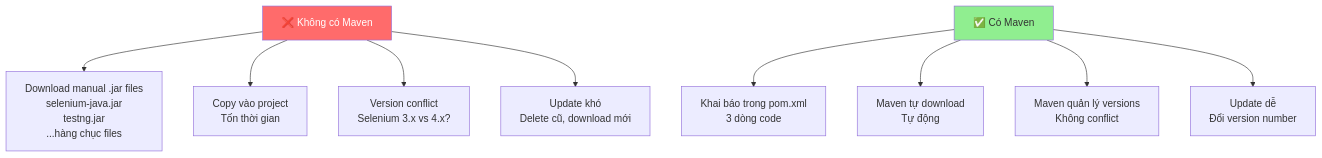
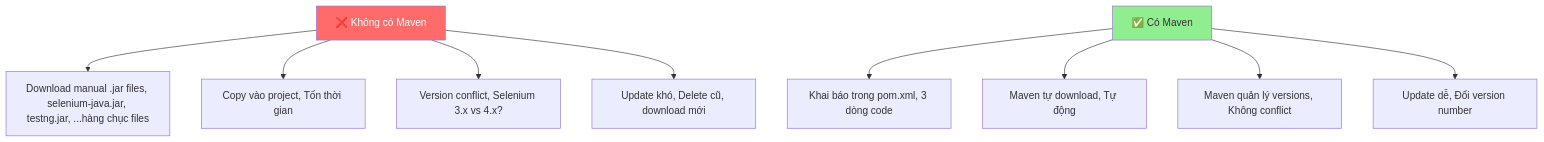
The first of 7 diagrams in 03-maven-build-tool.md (namnd0806/automation-testing-cource), drawn with Mermaid before and after one commit. The commit also changed other lines of this file and 4 other files, not shown here.

First line of the commit message:
Fix: Sửa tất cả sơ đồ Mermaid lỗi format

````diff
--- a/03-maven-build-tool.md
+++ b/03-maven-build-tool.md
@@ -25,17 +25,17 @@
 ```mermaid
 graph TD
     A[❌ Không có Maven]
-    A --> B[Download manual .jar files<br/>selenium-java.jar<br/>testng.jar<br/>...hàng chục files]
-    A --> C[Copy vào project<br/>Tốn thời gian]
-    A --> D[Version conflict<br/>Selenium 3.x vs 4.x?]
-    A --> E[Update khó<br/>Delete cũ, download mới]
+    A --> B[Download manual .jar files, selenium-java.jar, testng.jar, ...hàng chục files]
+    A --> C[Copy vào project, Tốn thời gian]
+    A --> D[Version conflict, Selenium 3.x vs 4.x?]
+    A --> E[Update khó, Delete cũ, download mới]
     
     F[✅ Có Maven]
-    F --> G[Khai báo trong pom.xml<br/>3 dòng code]
-    F --> H[Maven tự download<br/>Tự động]
-    F --> I[Maven quản lý versions<br/>Không conflict]
-    F --> J[Update dễ<br/>Đổi version number]
+    F --> G[Khai báo trong pom.xml, 3 dòng code]
+    F --> H[Maven tự download, Tự động]
+    F --> I[Maven quản lý versions, Không conflict]
+    F --> J[Update dễ, Đổi version number]
     
     style A fill:#FF6B6B,color:#fff
     style F fill:#90EE90
 ```
````
